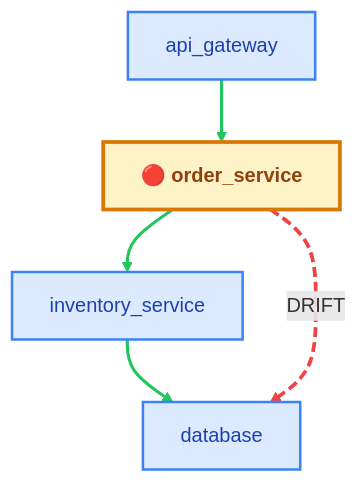
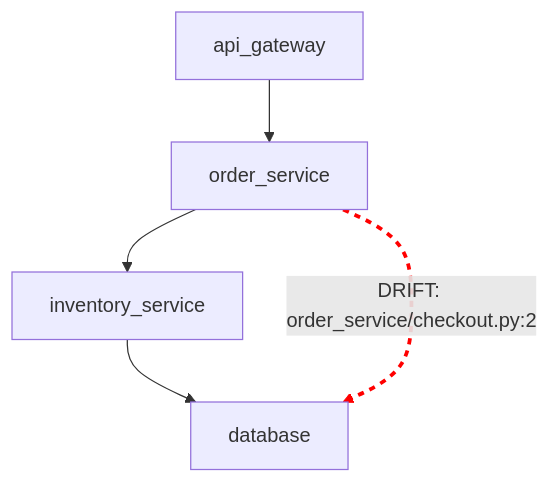
Before and after one commit to Raghu17012009/Quantum_Coders-Hacktober-: the diagram in drift_report.md, drawn with Mermaid. The commit also changed other lines of this file and 2 other files, not shown here.

Commit message:
Integrate friend fixes and preserve demo reports

````diff
--- a/drift_report.md
+++ b/drift_report.md
@@ -24,19 +20,12 @@
 ```mermaid
 flowchart TD
-    api_gateway["api_gateway"]
-    order_service["🔴 order_service"]
-    inventory_service["inventory_service"]
-    database["database"]
-    api_gateway --> order_service
-    order_service --> inventory_service
-    inventory_service --> database
-    order_service -.->|"DRIFT"| database
-    style api_gateway fill:#dbeafe,stroke:#3b82f6,stroke-width:2px,color:#1e40af
-    style order_service fill:#fef3c7,stroke:#d97706,stroke-width:3px,color:#92400e,font-weight:bold
-    style inventory_service fill:#dbeafe,stroke:#3b82f6,stroke-width:2px,color:#1e40af
-    style database fill:#dbeafe,stroke:#3b82f6,stroke-width:2px,color:#1e40af
-    linkStyle 0 stroke:#22c55e,stroke-width:2.5px;
-    linkStyle 1 stroke:#22c55e,stroke-width:2.5px;
-    linkStyle 2 stroke:#22c55e,stroke-width:2.5px;
-    linkStyle 3 stroke:#ef4444,stroke-width:3px,stroke-dasharray:8 4;
+    n_api_gateway["api_gateway"]
+    n_order_service["order_service"]
+    n_inventory_service["inventory_service"]
+    n_database["database"]
+    n_api_gateway --> n_order_service
+    n_order_service --> n_inventory_service
+    n_inventory_service --> n_database
+    n_order_service -.->|"DRIFT: order_service/checkout.py:2"| n_database
+    linkStyle 3 stroke:#ff0000,stroke-width:3px,stroke-dasharray: 5 5;
 ```
````
